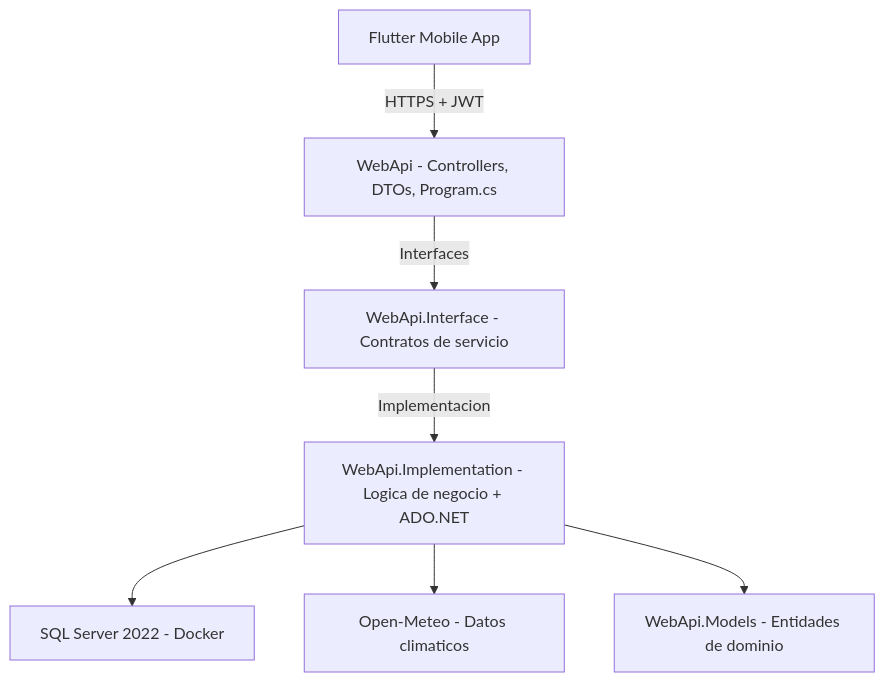
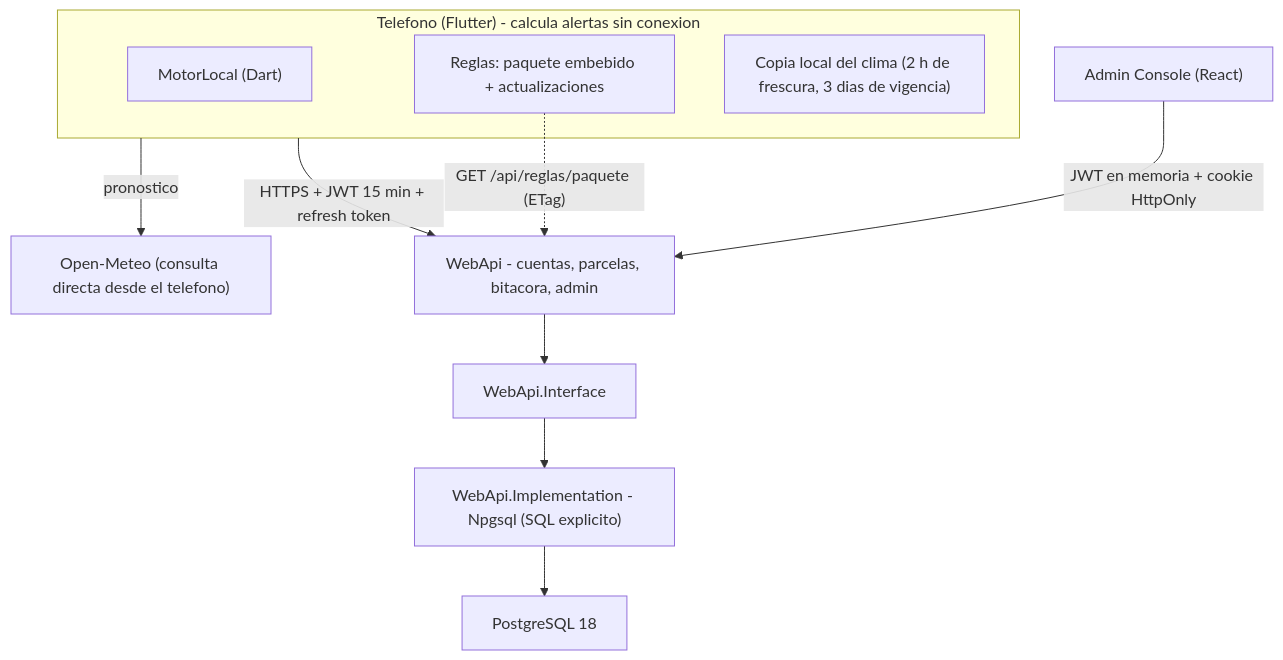
One commit to Abemilek/CosechaClima changed the diagram in docs/architecture.md. Above: the diagram before and after it, drawn with Mermaid. The commit also changed other lines of this file and 111 other files, not shown here.

Commit message:
feat: on-device offline engine, PostgreSQL migration, and refresh-token sessions

````diff
--- a/docs/architecture.md
+++ b/docs/architecture.md
@@ -5,9 +5,16 @@
 ```mermaid
 flowchart TD
-    A["Flutter Mobile App"] -->|"HTTPS + JWT"| B["WebApi - Controllers, DTOs, Program.cs"]
-    B -->|"Interfaces"| C["WebApi.Interface - Contratos de servicio"]
-    C -->|"Implementacion"| D["WebApi.Implementation - Logica de negocio + ADO.NET"]
-    D --> E["SQL Server 2022 - Docker"]
-    D --> F["Open-Meteo - Datos climaticos"]
-    D --> G["WebApi.Models - Entidades de dominio"]
+    subgraph Telefono["Telefono (Flutter) - calcula alertas sin conexion"]
+        M["MotorLocal (Dart)"]
+        R["Reglas: paquete embebido + actualizaciones"]
+        C["Copia local del clima (2 h de frescura, 3 dias de vigencia)"]
+    end
+    OM["Open-Meteo (consulta directa desde el telefono)"]
+    Telefono -->|"pronostico"| OM
+    Telefono -->|"HTTPS + JWT 15 min + refresh token"| B["WebApi - cuentas, parcelas, bitacora, admin"]
+    B --> C2["WebApi.Interface"]
+    C2 --> D["WebApi.Implementation - Npgsql (SQL explicito)"]
+    D --> E["PostgreSQL 18"]
+    Admin["Admin Console (React)"] -->|"JWT en memoria + cookie HttpOnly"| B
+    R -.->|"GET /api/reglas/paquete (ETag)"| B
 ```
````
